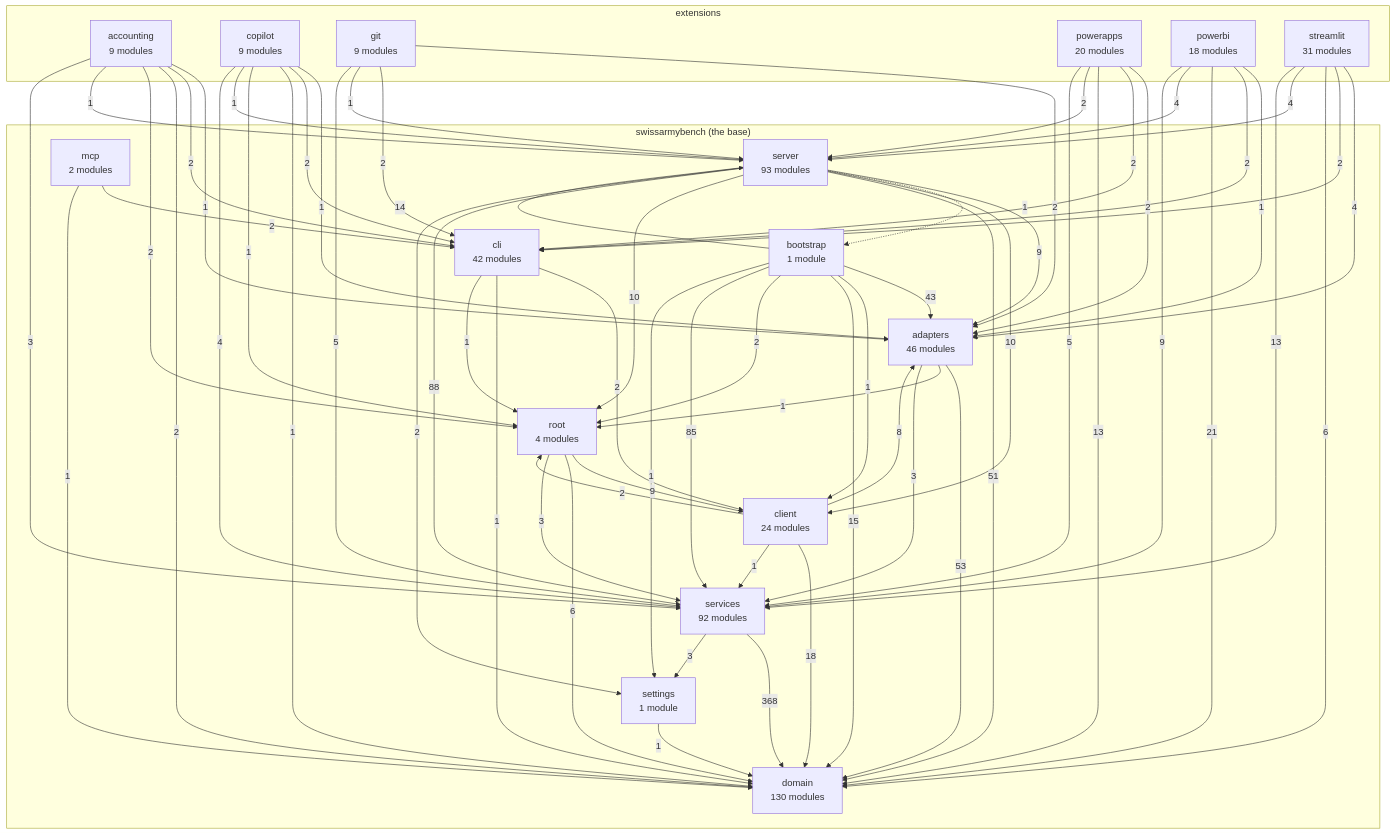
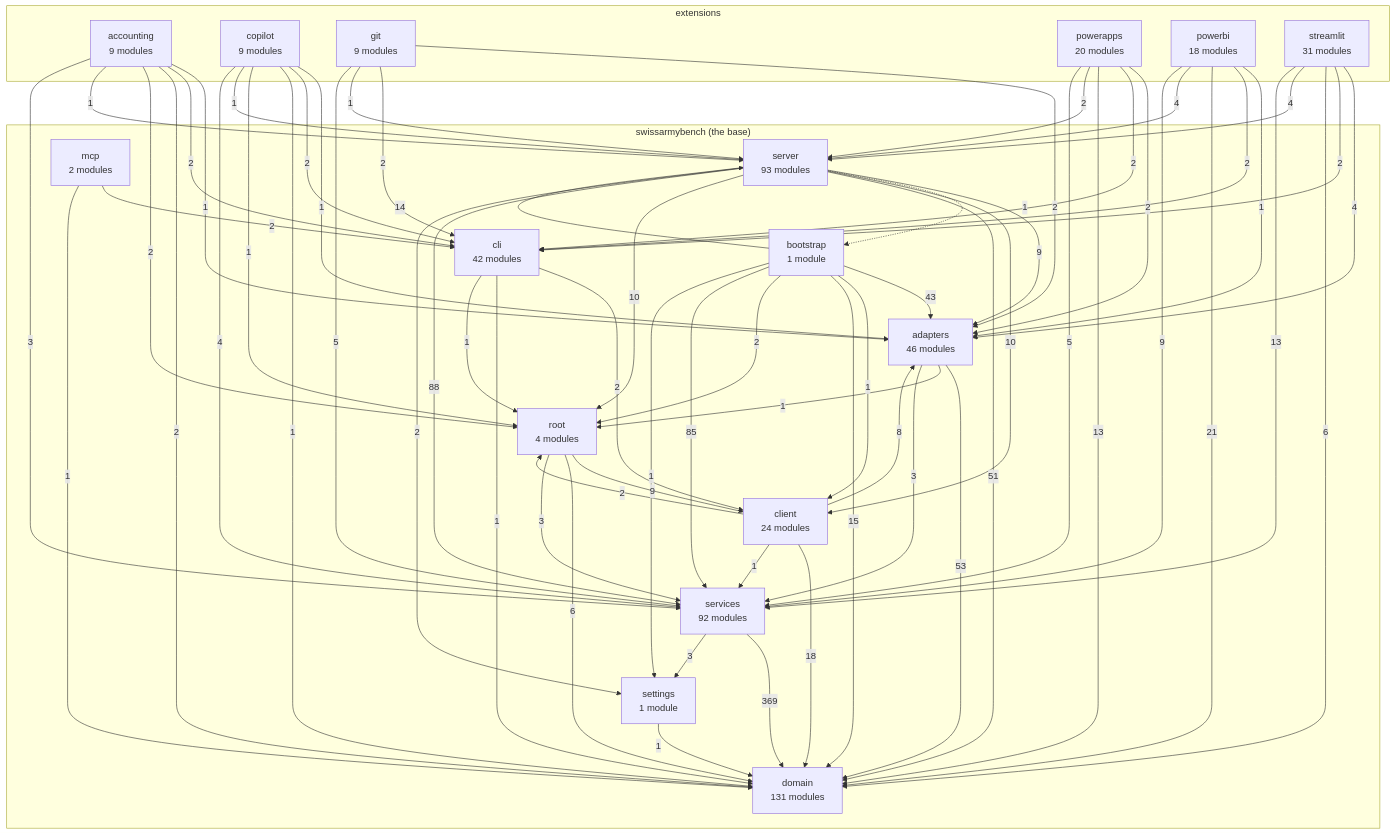
One commit to DylanCodyBrown/SwissArmyBench changed the diagram in docs/architecture-map.md. Above: the diagram before and after it, drawn with Mermaid. The commit also changed other lines of this file and 9 other files, not shown here.

````diff
--- a/docs/architecture-map.md
+++ b/docs/architecture-map.md
@@ -17,7 +17,7 @@
 ```mermaid
 flowchart TB
     subgraph base["swissarmybench (the base)"]
-        domain["domain<br/>130 modules"]
+        domain["domain<br/>131 modules"]
         settings["settings<br/>1 module"]
         services["services<br/>92 modules"]
         adapters["adapters<br/>46 modules"]
@@ -96,7 +96,7 @@
     server -->|10| root
     server -->|88| services
     server -->|2| settings
-    services -->|368| domain
+    services -->|369| domain
     services -->|3| settings
     settings -->|1| domain
 ```
````
